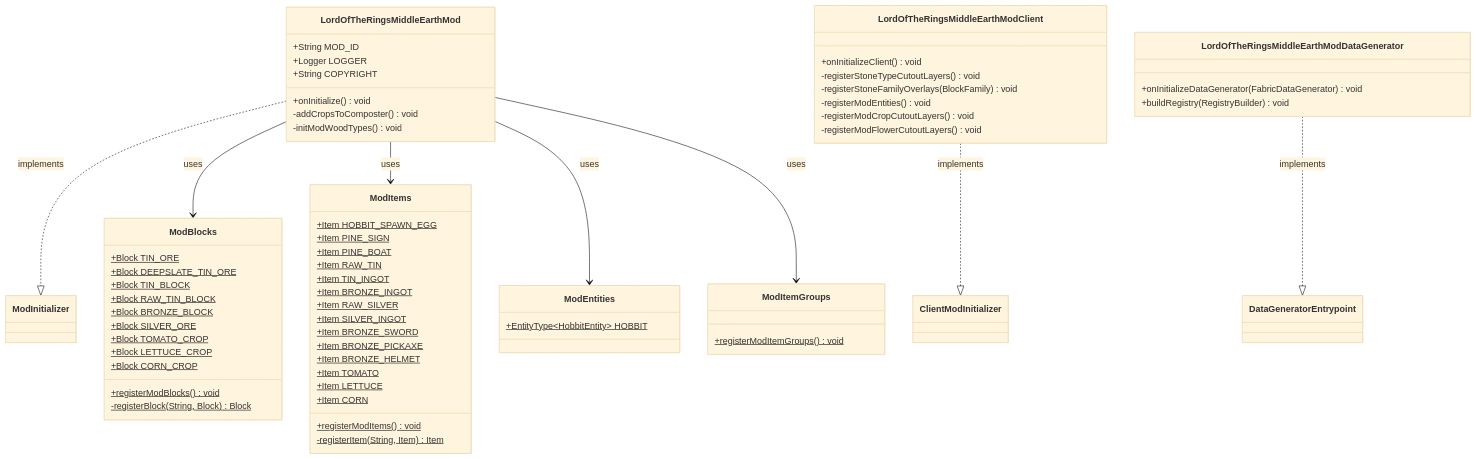
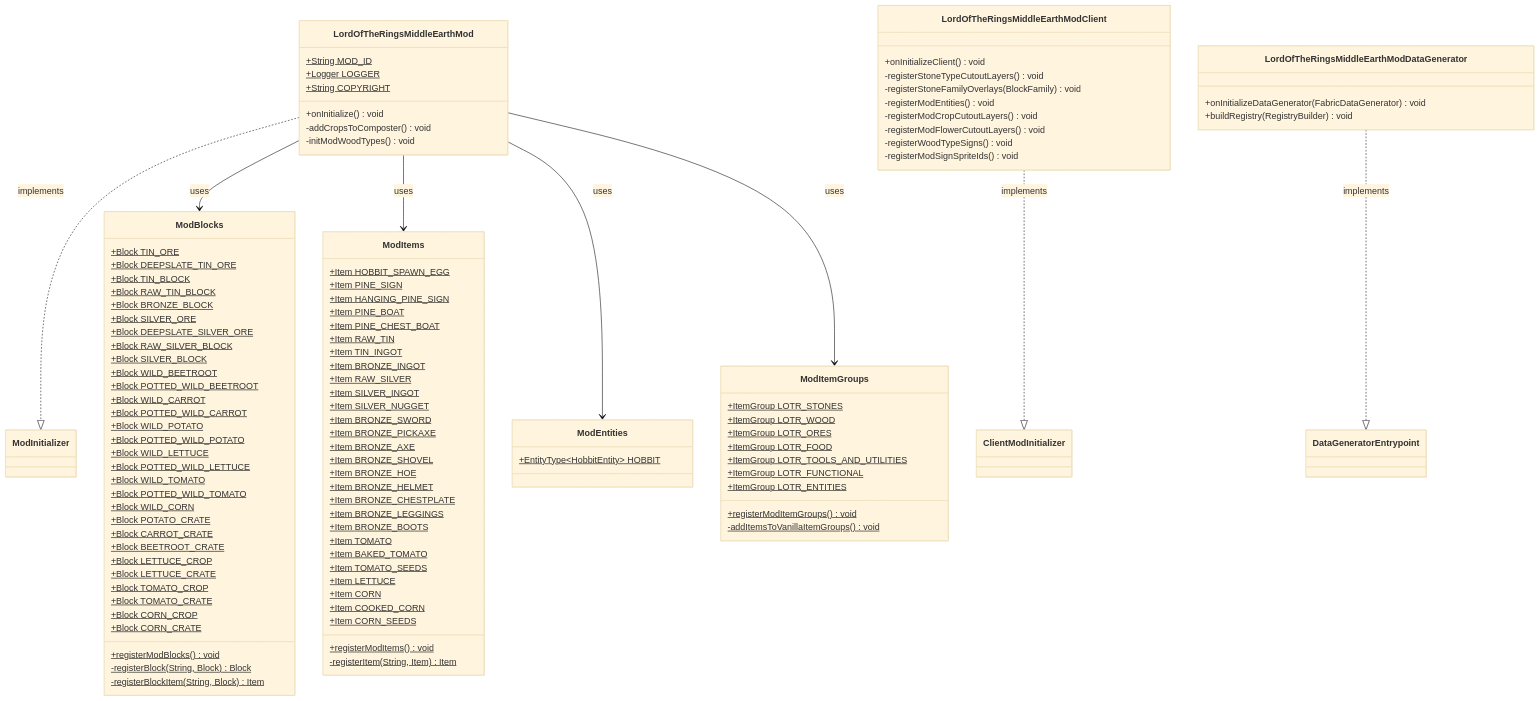
One commit to Lord-of-the-Rings-Middle-Earth-Mod/Lord-of-the-Rings-Middle-Earth-Mod changed the first of 6 diagrams in classdiagram.md. Above: the diagram before and after it, drawn with Mermaid (base theme). The commit also changed other lines of this file, not shown here.

Commit message:
Add comprehensive missing methods, attributes, and classes to class diagram

```diff
--- a/classdiagram.md
+++ b/classdiagram.md
@@ -9,9 +9,9 @@
     direction TB
     
     class LordOfTheRingsMiddleEarthMod {
-        +String MOD_ID
-        +Logger LOGGER
-        +String COPYRIGHT
+        +String MOD_ID$
+        +Logger LOGGER$
+        +String COPYRIGHT$
         +onInitialize() void
         -addCropsToComposter() void
         -initModWoodTypes() void
@@ -24,6 +24,8 @@
         -registerModEntities() void
         -registerModCropCutoutLayers() void
         -registerModFlowerCutoutLayers() void
+        -registerWoodTypeSigns() void
+        -registerModSignSpriteIds() void
     }
 
     class LordOfTheRingsMiddleEarthModDataGenerator {
@@ -38,28 +40,62 @@
         +Block RAW_TIN_BLOCK$
         +Block BRONZE_BLOCK$
         +Block SILVER_ORE$
+        +Block DEEPSLATE_SILVER_ORE$
+        +Block RAW_SILVER_BLOCK$
+        +Block SILVER_BLOCK$
+        +Block WILD_BEETROOT$
+        +Block POTTED_WILD_BEETROOT$
+        +Block WILD_CARROT$
+        +Block POTTED_WILD_CARROT$
+        +Block WILD_POTATO$
+        +Block POTTED_WILD_POTATO$
+        +Block WILD_LETTUCE$
+        +Block POTTED_WILD_LETTUCE$
+        +Block WILD_TOMATO$
+        +Block POTTED_WILD_TOMATO$
+        +Block WILD_CORN$
+        +Block POTATO_CRATE$
+        +Block CARROT_CRATE$
+        +Block BEETROOT_CRATE$
+        +Block LETTUCE_CROP$
+        +Block LETTUCE_CRATE$
         +Block TOMATO_CROP$
-        +Block LETTUCE_CROP$
+        +Block TOMATO_CRATE$
         +Block CORN_CROP$
+        +Block CORN_CRATE$
         +registerModBlocks() void$
         -registerBlock(String, Block) Block$
+        -registerBlockItem(String, Block) Item$
     }
 
     class ModItems {
         +Item HOBBIT_SPAWN_EGG$
         +Item PINE_SIGN$
+        +Item HANGING_PINE_SIGN$
         +Item PINE_BOAT$
+        +Item PINE_CHEST_BOAT$
         +Item RAW_TIN$
         +Item TIN_INGOT$
         +Item BRONZE_INGOT$
         +Item RAW_SILVER$
         +Item SILVER_INGOT$
+        +Item SILVER_NUGGET$
         +Item BRONZE_SWORD$
         +Item BRONZE_PICKAXE$
+        +Item BRONZE_AXE$
+        +Item BRONZE_SHOVEL$
+        +Item BRONZE_HOE$
         +Item BRONZE_HELMET$
+        +Item BRONZE_CHESTPLATE$
+        +Item BRONZE_LEGGINGS$
+        +Item BRONZE_BOOTS$
         +Item TOMATO$
+        +Item BAKED_TOMATO$
+        +Item TOMATO_SEEDS$
         +Item LETTUCE$
         +Item CORN$
+        +Item COOKED_CORN$
+        +Item CORN_SEEDS$
         +registerModItems() void$
         -registerItem(String, Item) Item$
     }
@@ -69,7 +105,15 @@
     }
 
     class ModItemGroups {
+        +ItemGroup LOTR_STONES$
+        +ItemGroup LOTR_WOOD$
+        +ItemGroup LOTR_ORES$
+        +ItemGroup LOTR_FOOD$
+        +ItemGroup LOTR_TOOLS_AND_UTILITIES$
+        +ItemGroup LOTR_FUNCTIONAL$
+        +ItemGroup LOTR_ENTITIES$
         +registerModItemGroups() void$
+        -addItemsToVanillaItemGroups() void$
     }
 
     %% Interface implementations
```
